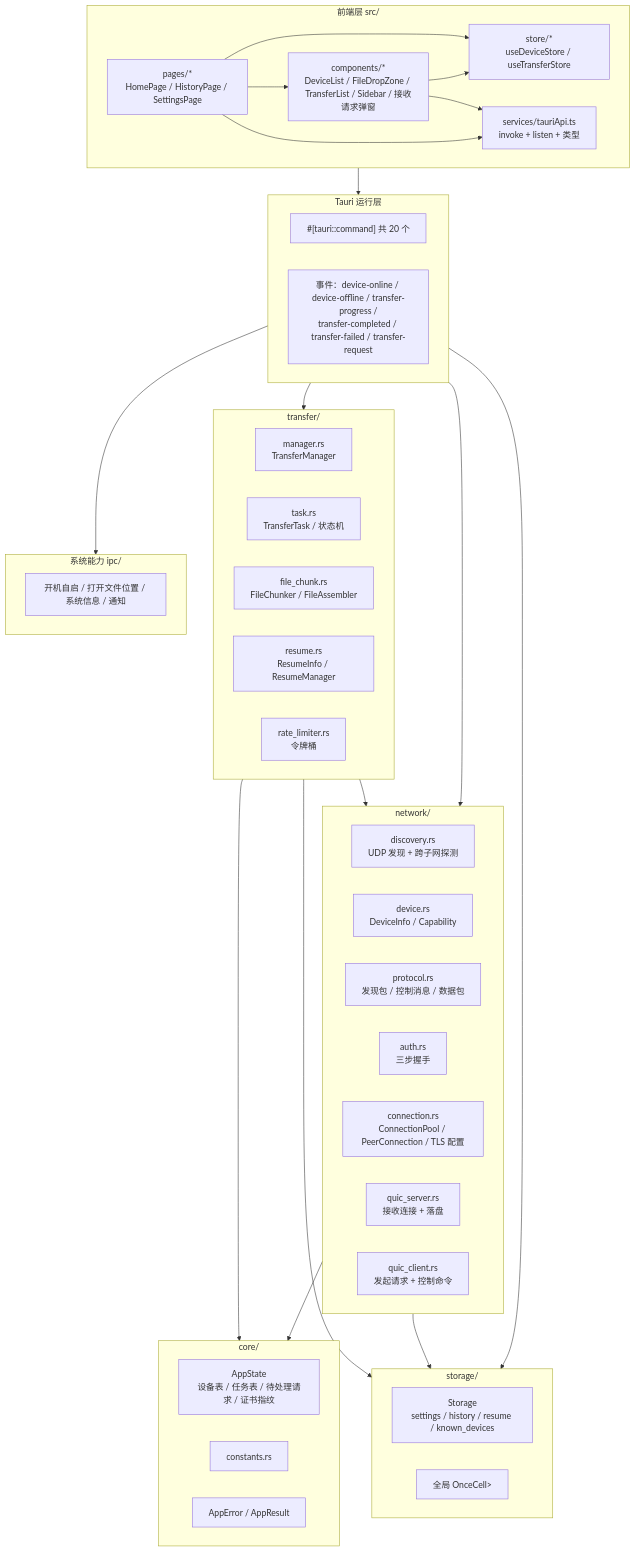
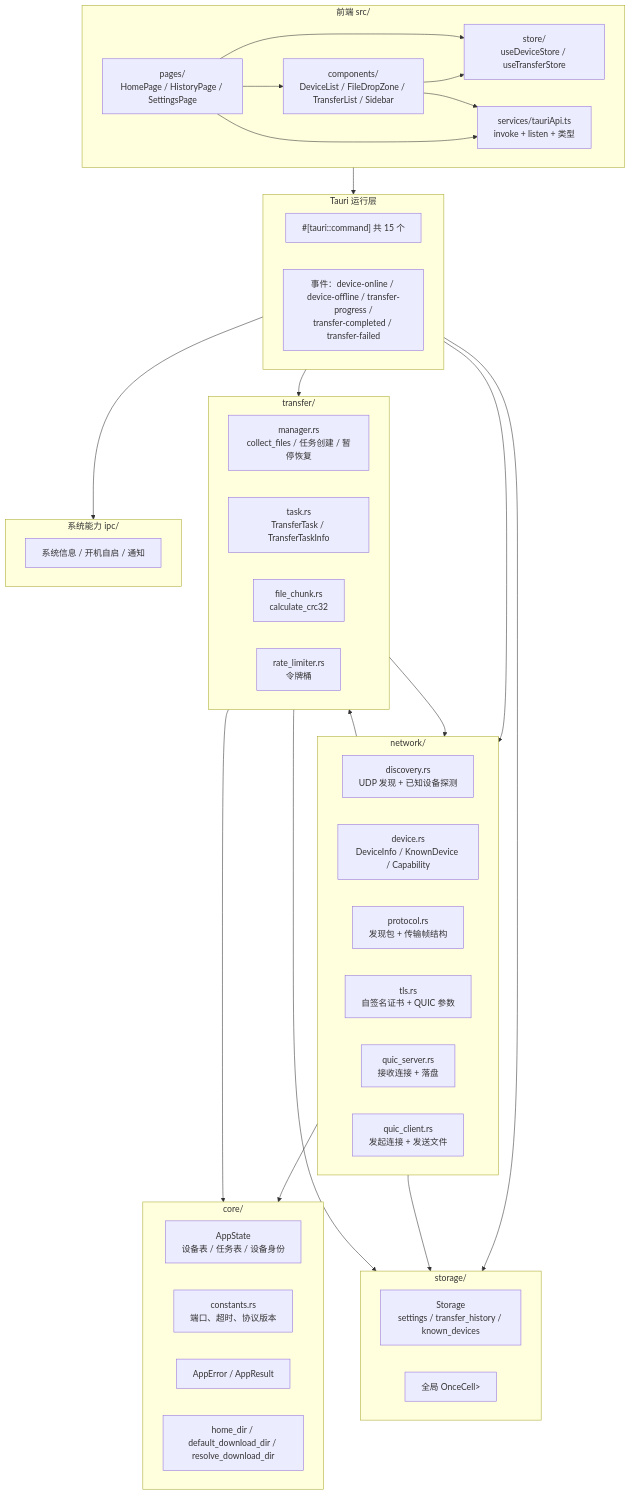
The second of 4 diagrams in docs/wiki/01-architecture.md (pardonhan/chuanshu-app), drawn with Mermaid before and after one commit. The commit also changed other lines of this file and 10 other files, not shown here.

````diff
--- a/docs/wiki/01-architecture.md
+++ b/docs/wiki/01-architecture.md
@@ -31,63 +33,63 @@
 ```mermaid
 flowchart TD
-  subgraph FE["前端层 src/"]
-    PAGES["pages/*<br/>HomePage / HistoryPage / SettingsPage"]
-    CMPS["components/*<br/>DeviceList / FileDropZone / TransferList / Sidebar / 接收请求弹窗"]
-    STORES["store/*<br/>useDeviceStore / useTransferStore"]
+  subgraph FE["前端 src/"]
+    PAGES["pages/<br/>HomePage / HistoryPage / SettingsPage"]
+    CMPS["components/<br/>DeviceList / FileDropZone / TransferList / Sidebar"]
+    STORES["store/<br/>useDeviceStore / useTransferStore"]
     API["services/tauriApi.ts<br/>invoke + listen + 类型"]
     PAGES --> CMPS
     PAGES --> STORES
     CMPS --> STORES
     CMPS --> API
     PAGES --> API
   end
 
   subgraph TAURI["Tauri 运行层"]
-    CMD["#[tauri::command] 共 20 个"]
-    EVT["事件：device-online / device-offline / transfer-progress /<br/>transfer-completed / transfer-failed / transfer-request"]
+    CMD["#[tauri::command] 共 15 个"]
+    EVT["事件：device-online / device-offline / transfer-progress /<br/>transfer-completed / transfer-failed"]
   end
 
   subgraph CORE["core/"]
-    STATE["AppState<br/>设备表 / 任务表 / 待处理请求 / 证书指纹"]
-    CONST["constants.rs"]
+    STATE["AppState<br/>设备表 / 任务表 / 设备身份"]
+    CONST["constants.rs<br/>端口、超时、协议版本"]
     ERR["AppError / AppResult"]
+    PATH["home_dir / default_download_dir / resolve_download_dir"]
   end
 
   subgraph NET["network/"]
-    DISC["discovery.rs<br/>UDP 发现 + 跨子网探测"]
-    DEV["device.rs<br/>DeviceInfo / Capability"]
-    PROTO["protocol.rs<br/>发现包 / 控制消息 / 数据包"]
-    AUTH["auth.rs<br/>三步握手"]
-    CONN["connection.rs<br/>ConnectionPool / PeerConnection / TLS 配置"]
+    DISC["discovery.rs<br/>UDP 发现 + 已知设备探测"]
+    DEV["device.rs<br/>DeviceInfo / KnownDevice / Capability"]
+    PROTO["protocol.rs<br/>发现包 + 传输帧结构"]
+    TLS["tls.rs<br/>自签名证书 + QUIC 参数"]
     SERVER["quic_server.rs<br/>接收连接 + 落盘"]
-    CLIENT["quic_client.rs<br/>发起请求 + 控制命令"]
+    CLIENT["quic_client.rs<br/>发起连接 + 发送文件"]
   end
 
   subgraph XFER["transfer/"]
-    MGR["manager.rs<br/>TransferManager"]
-    TASK["task.rs<br/>TransferTask / 状态机"]
-    CHUNK["file_chunk.rs<br/>FileChunker / FileAssembler"]
-    RESUME["resume.rs<br/>ResumeInfo / ResumeManager"]
+    MGR["manager.rs<br/>collect_files / 任务创建 / 暂停恢复"]
+    TASK["task.rs<br/>TransferTask / TransferTaskInfo"]
+    CHUNK["file_chunk.rs<br/>calculate_crc32"]
     RATE["rate_limiter.rs<br/>令牌桶"]
   end
 
   subgraph STOR["storage/"]
-    SQLITE["Storage<br/>settings / history / resume / known_devices"]
+    SQLITE["Storage<br/>settings / transfer_history / known_devices"]
     GLOBAL["全局 OnceCell<Mutex<Storage>>"]
   end
 
   subgraph OS["系统能力 ipc/"]
-    SYS["开机自启 / 打开文件位置 / 系统信息 / 通知"]
+    SYS["系统信息 / 开机自启 / 通知"]
   end
 
   FE --> TAURI
   TAURI --> NET
   TAURI --> XFER
   TAURI --> STOR
   NET --> CORE
+  NET --> XFER
+  NET --> STOR
   XFER --> CORE
   XFER --> NET
-  NET --> STOR
   XFER --> STOR
   TAURI --> OS
 ```
````
